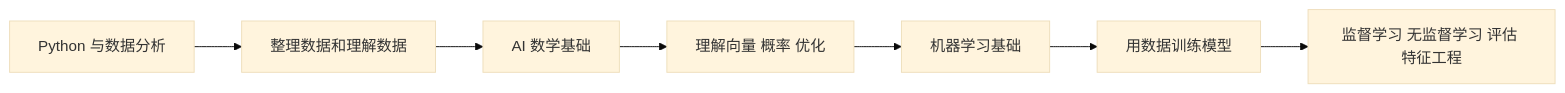
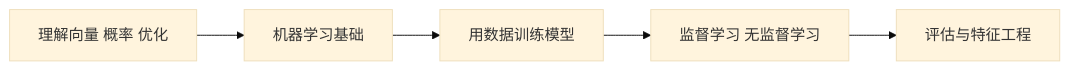
The second of 4 diagrams in docs/stage4/ch01-ml-basics/00-roadmap.md (oudbiao/AI-fullstack-course), drawn with Mermaid (base theme) before and after one commit. The commit also changed other lines of this file and 139 other files, not shown here.

````diff
--- a/docs/stage4/ch01-ml-basics/00-roadmap.md
+++ b/docs/stage4/ch01-ml-basics/00-roadmap.md
@@ -18,9 +27,7 @@
 ```mermaid
 flowchart LR
-  A[Python 与数据分析] --> B[整理数据和理解数据]
-  B --> C[AI 数学基础]
-  C --> D[理解向量 概率 优化]
-  D --> E[机器学习基础]
+  D[理解向量 概率 优化] --> E[机器学习基础]
   E --> F[用数据训练模型]
-  F --> G[监督学习 无监督学习 评估 特征工程]
+  F --> G[监督学习 无监督学习]
+  G --> H[评估与特征工程]
 ```
````
